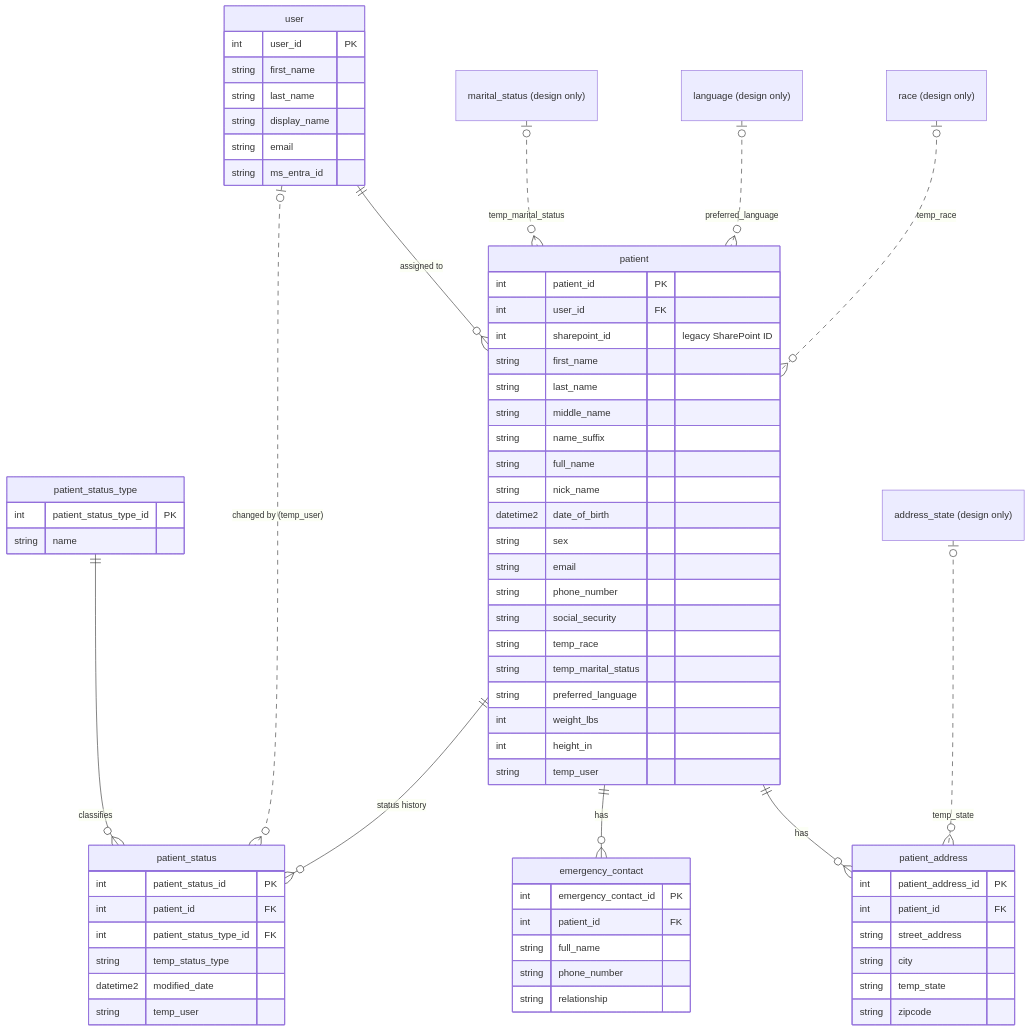
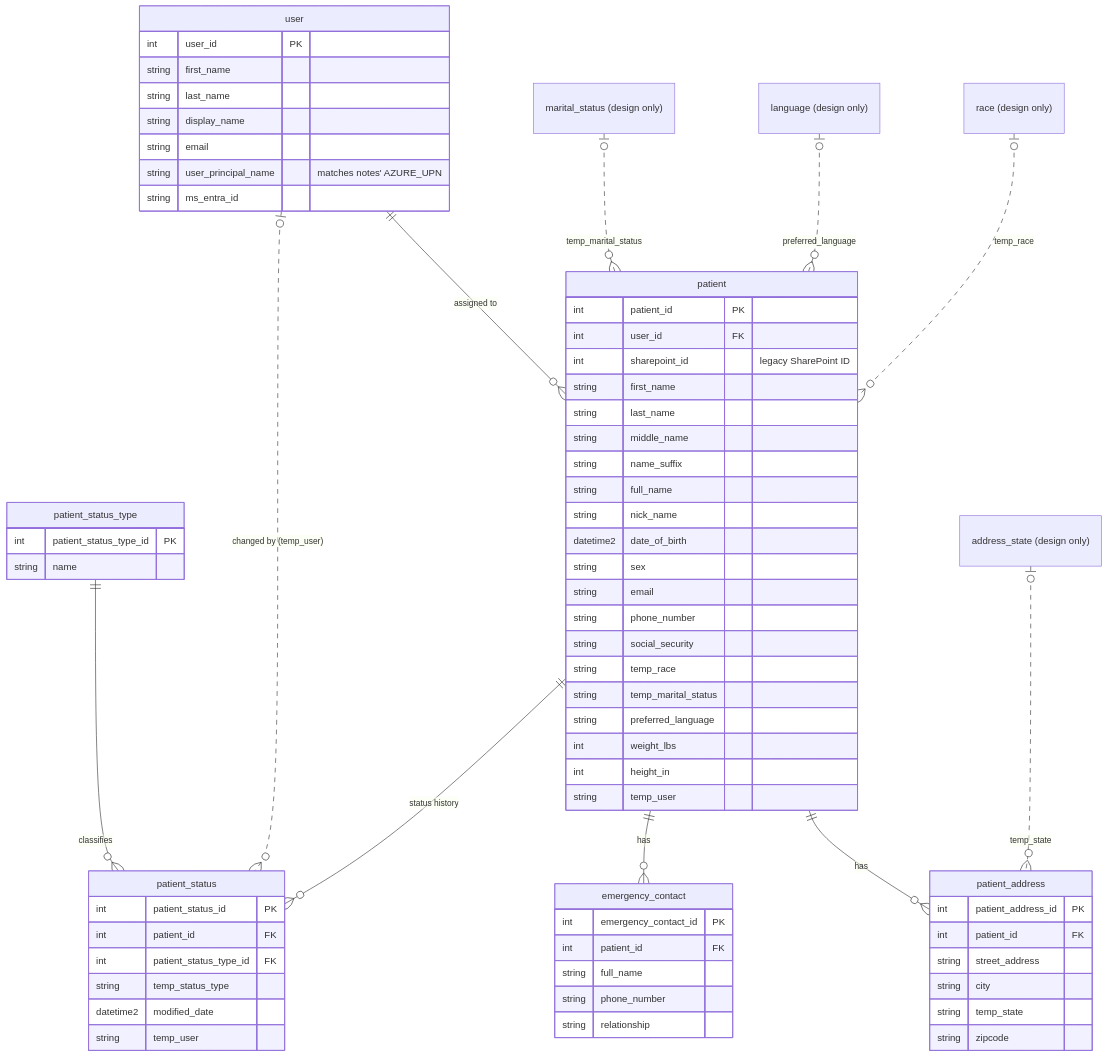
The second of 6 diagrams in README.md (chingdrop/medicare-rebuild), drawn with Mermaid before and after one commit. The commit also changed other lines of this file and 25 other files, not shown here.

````diff
--- a/README.md
+++ b/README.md
@@ -99,79 +99,80 @@
 ```mermaid
 erDiagram
     patient_status_type ||--o{ patient_status : classifies
     user ||--o{ patient : "assigned to"
     patient ||--o{ patient_address : has
     address_state |o..o{ patient_address : "temp_state"
     marital_status |o..o{ patient : "temp_marital_status"
     user |o..o{ patient_status : "changed by (temp_user)"
     patient ||--o{ patient_status : "status history"
     language |o..o{ patient : "preferred_language"
     patient ||--o{ emergency_contact : has
     race |o..o{ patient : "temp_race"
 
     language["language (design only)"] {
     }
     race["race (design only)"] {
     }
     marital_status["marital_status (design only)"] {
     }
     address_state["address_state (design only)"] {
     }
     patient {
         int patient_id PK
         int user_id FK
         int sharepoint_id "legacy SharePoint ID"
         string first_name
         string last_name
         string middle_name
         string name_suffix
         string full_name
         string nick_name
         datetime2 date_of_birth
         string sex
         string email
         string phone_number
         string social_security
         string temp_race
         string temp_marital_status
         string preferred_language
         int weight_lbs
         int height_in
         string temp_user
     }
     user {
         int user_id PK
         string first_name
         string last_name
         string display_name
         string email
+        string user_principal_name "matches notes' AZURE_UPN"
         string ms_entra_id
     }
     patient_address {
         int patient_address_id PK
         int patient_id FK
         string street_address
         string city
         string temp_state
         string zipcode
     }
     emergency_contact {
         int emergency_contact_id PK
         int patient_id FK
         string full_name
         string phone_number
         string relationship
     }
     patient_status {
         int patient_status_id PK
         int patient_id FK
         int patient_status_type_id FK
         string temp_status_type
         datetime2 modified_date
         string temp_user
     }
     patient_status_type {
         int patient_status_type_id PK
         string name
     }
 ```
````
